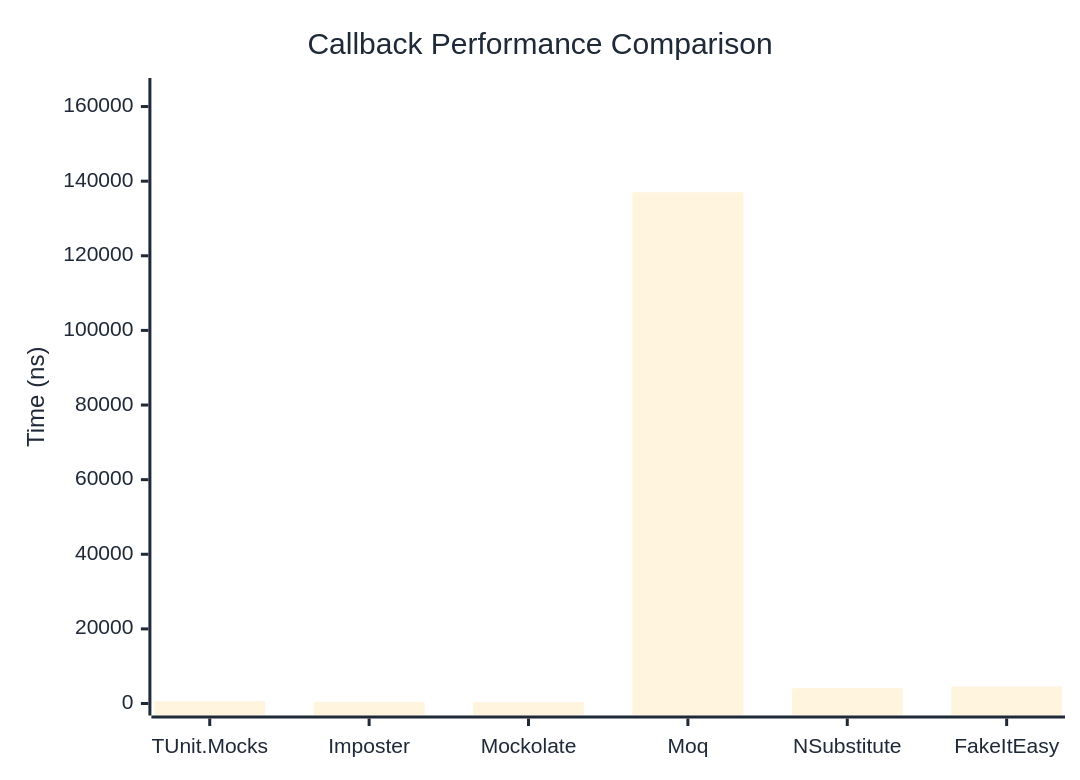
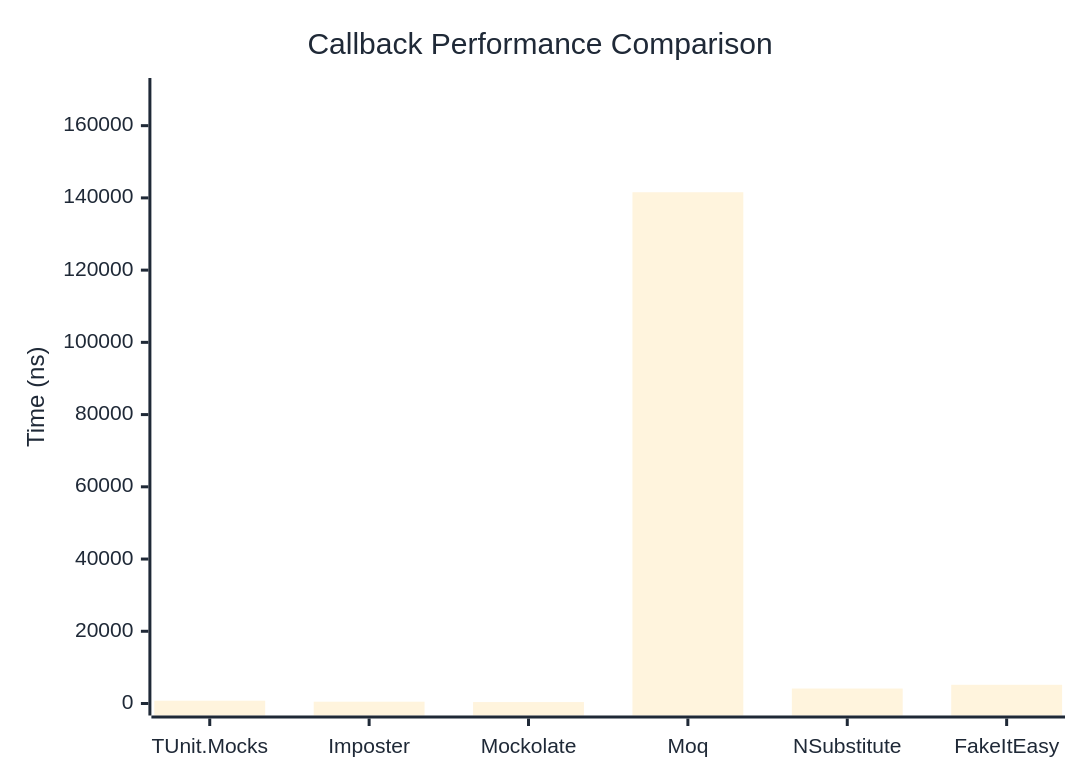
The first of 2 diagrams in docs/docs/benchmarks/mocks/Callback.md (thomhurst/TUnit), drawn with Mermaid before and after one commit. The commit also changed other lines of this file and 14 other files, not shown here.

````diff
--- a/docs/docs/benchmarks/mocks/Callback.md
+++ b/docs/docs/benchmarks/mocks/Callback.md
@@ -30,27 +30,27 @@
 ```mermaid
 %%{init: {
   'theme':'base',
   'themeVariables': {
     'primaryColor': '#2563eb',
     'primaryTextColor': '#1f2937',
     'primaryBorderColor': '#1e40af',
     'lineColor': '#6b7280',
     'secondaryColor': '#7c3aed',
     'tertiaryColor': '#dc2626',
     'background': '#ffffff',
     'pie1': '#2563eb',
     'pie2': '#7c3aed',
     'pie3': '#dc2626',
     'pie4': '#f59e0b',
     'pie5': '#10b981',
     'pie6': '#06b6d4',
     'pie7': '#ec4899',
     'pie8': '#6366f1'
   }
 }}%%
 xychart-beta
   title "Callback Performance Comparison"
   x-axis ["TUnit.Mocks", "Imposter", "Mockolate", "Moq", "NSubstitute", "FakeItEasy"]
-  y-axis "Time (ns)" 0 --> 164437
-  bar [652.9, 464.2, 360.8, 137030.6, 4092.6, 4580.3]
+  y-axis "Time (ns)" 0 --> 169876
+  bar [771.8, 497.5, 398.5, 141563.2, 4143.9, 5182.6]
 ```
````
